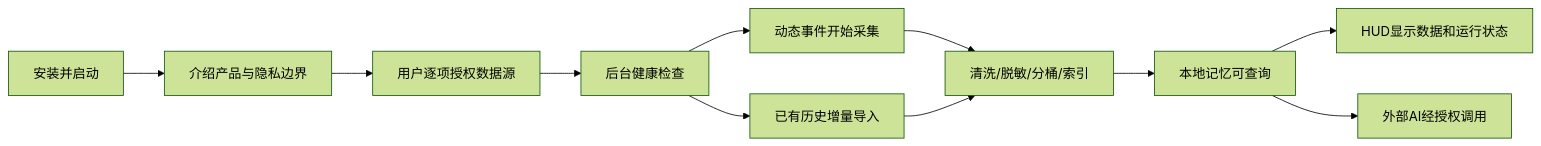
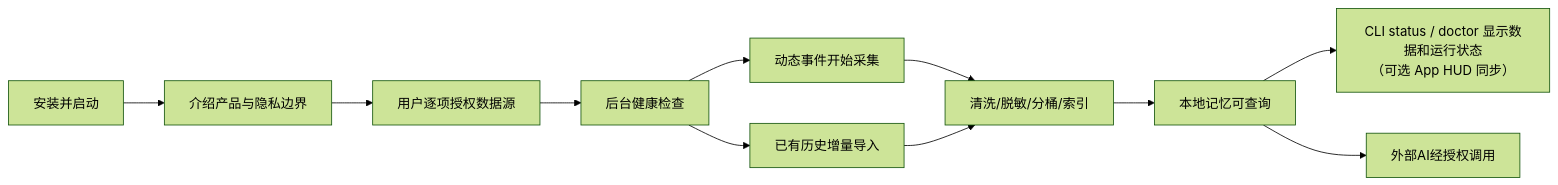
The first of 3 diagrams in docs/KeyPulse_V2.md (Longfellow1/keypulse), drawn with Mermaid (forest theme) before and after one commit. The commit also changed other lines of this file and 4 other files, not shown here.

Commit message:
docs: align PRD, refactor plan and CLAUDE.md with D33 (CLI minimal, app optional) (#98)

````diff
--- a/docs/KeyPulse_V2.md
+++ b/docs/KeyPulse_V2.md
@@ -97,13 +101,13 @@
 ```mermaid
 flowchart LR
     A[安装并启动] --> B[介绍产品与隐私边界]
     B --> C[用户逐项授权数据源]
     C --> D[后台健康检查]
     D --> E[动态事件开始采集]
     D --> F[已有历史增量导入]
     E --> G[清洗/脱敏/分桶/索引]
     F --> G
     G --> H[本地记忆可查询]
-    H --> I[HUD显示数据和运行状态]
+    H --> I[CLI status / doctor 显示数据和运行状态<br/>（可选 App HUD 同步）]
     H --> J[外部AI经授权调用]
 ```
````
